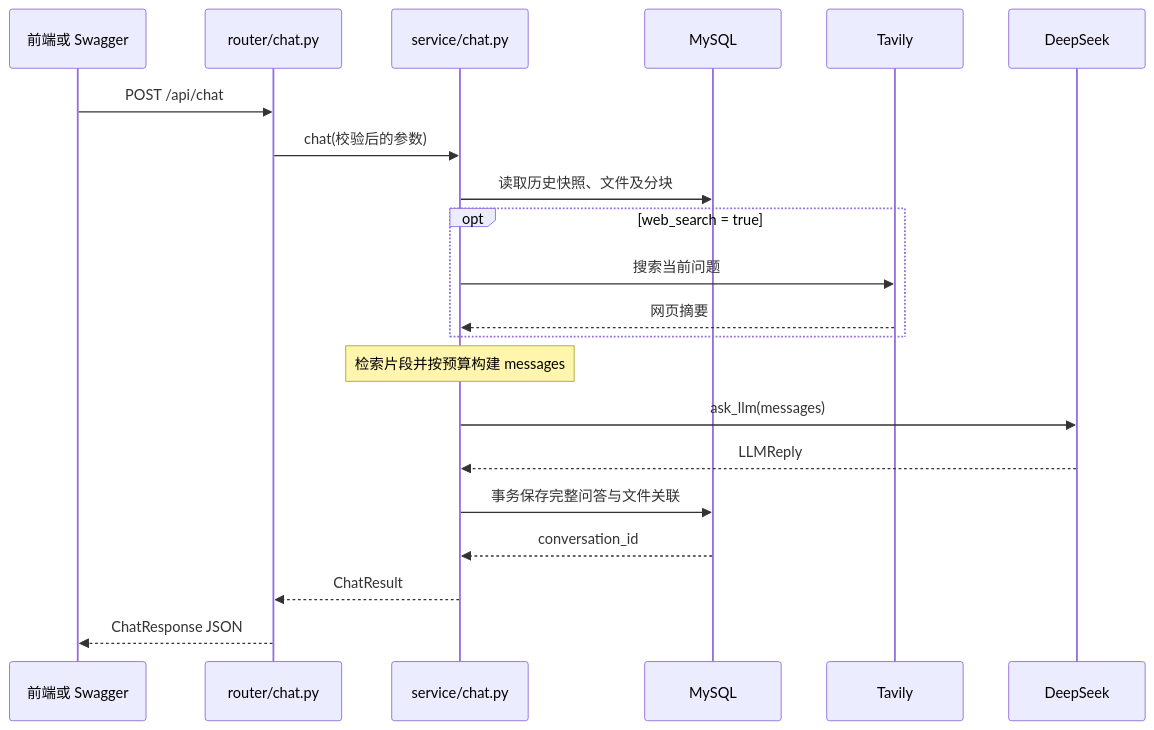
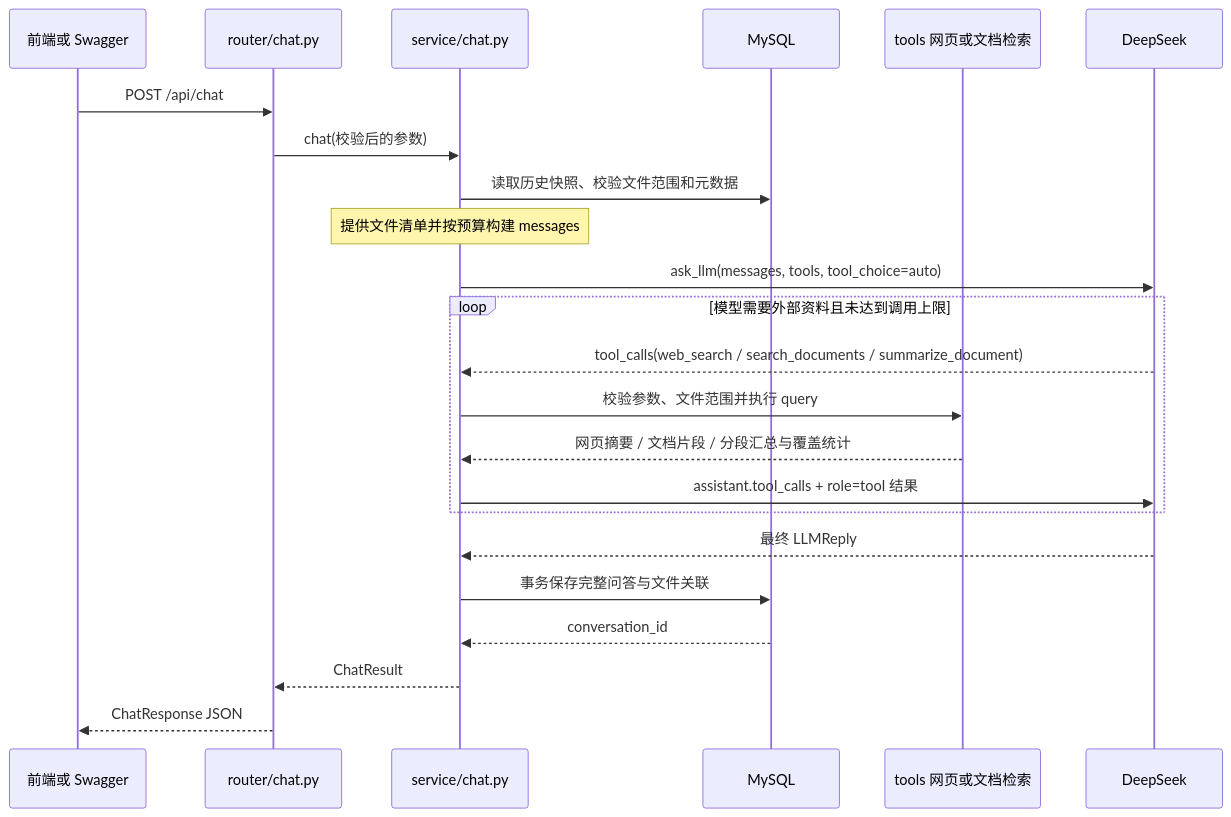
Before and after one commit to unknowprogram/ai-agent: the third of 4 diagrams in DEVELOPMENT.md, drawn with Mermaid. The commit also changed other lines of this file and 18 other files, not shown here.

````diff
--- a/DEVELOPMENT.md
+++ b/DEVELOPMENT.md
@@ -419,23 +423,25 @@
 ```mermaid
 sequenceDiagram
     participant U as 前端或 Swagger
     participant R as router/chat.py
     participant S as service/chat.py
     participant DB as MySQL
-    participant T as Tavily
+    participant T as tools 网页或文档检索
     participant L as DeepSeek
     U->>R: POST /api/chat
     R->>S: chat(校验后的参数)
-    S->>DB: 读取历史快照、文件及分块
-    opt web_search = true
-        S->>T: 搜索当前问题
-        T-->>S: 网页摘要
+    S->>DB: 读取历史快照、校验文件范围和元数据
+    Note over S: 提供文件清单并按预算构建 messages
+    S->>L: ask_llm(messages, tools, tool_choice=auto)
+    loop 模型需要外部资料且未达到调用上限
+        L-->>S: tool_calls(web_search / search_documents / summarize_document)
+        S->>T: 校验参数、文件范围并执行 query
+        T-->>S: 网页摘要 / 文档片段 / 分段汇总与覆盖统计
+        S->>L: assistant.tool_calls + role=tool 结果
     end
-    Note over S: 检索片段并按预算构建 messages
-    S->>L: ask_llm(messages)
-    L-->>S: LLMReply
+    L-->>S: 最终 LLMReply
     S->>DB: 事务保存完整问答与文件关联
     DB-->>S: conversation_id
     S-->>R: ChatResult
     R-->>U: ChatResponse JSON
 ```
````
